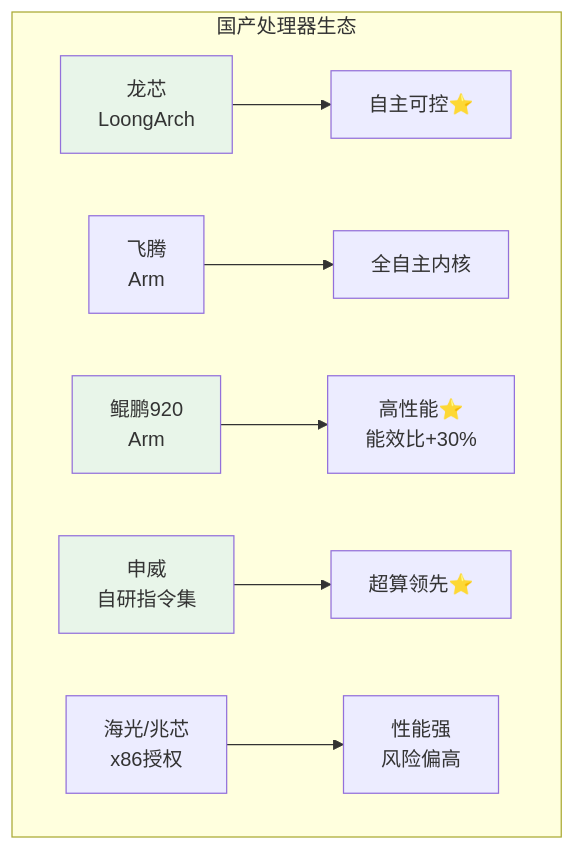
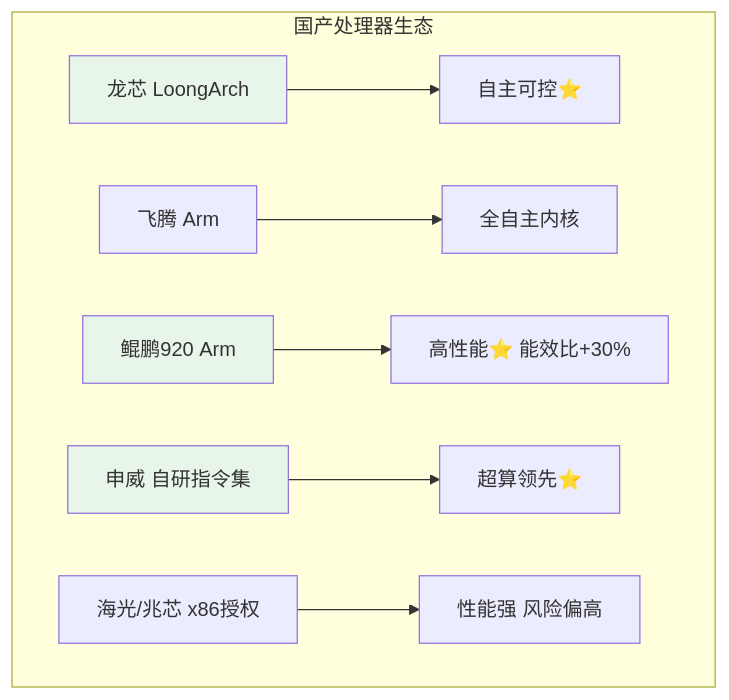
Before and after one commit to gilismael826-lgtm/course: the fourth of 4 diagrams in 计算机组成原理/notes/章节笔记/第1章-计算机系统概述/第1章-1.2-计算机的发展简史.md, drawn with Mermaid. The commit also changed other lines of this file and 28 other files, not shown here.

````diff
--- a/计算机组成原理/notes/章节笔记/第1章-计算机系统概述/第1章-1.2-计算机的发展简史.md
+++ b/计算机组成原理/notes/章节笔记/第1章-计算机系统概述/第1章-1.2-计算机的发展简史.md
@@ -187,14 +187,14 @@
 ```mermaid
 flowchart TB
     subgraph 国产处理器生态
-        A[龙芯<br/>LoongArch] --> A1[自主可控⭐]
-        B[飞腾<br/>Arm] --> B1[全自主内核]
-        C[鲲鹏920<br/>Arm] --> C1[高性能⭐<br/>能效比+30%]
-        D[申威<br/>自研指令集] --> D1[超算领先⭐]
-        E[海光/兆芯<br/>x86授权] --> E1[性能强<br/>风险偏高]
+        A[龙芯 LoongArch] --> A1[自主可控⭐]
+        B[飞腾 Arm] --> B1[全自主内核]
+        C[鲲鹏920 Arm] --> C1[高性能⭐ 能效比+30%]
+        D[申威 自研指令集] --> D1[超算领先⭐]
+        E[海光/兆芯 x86授权] --> E1[性能强 风险偏高]
     end
     
     style A fill:#e8f5e9
     style C fill:#e8f5e9
     style D fill:#e8f5e9
 ```
````
